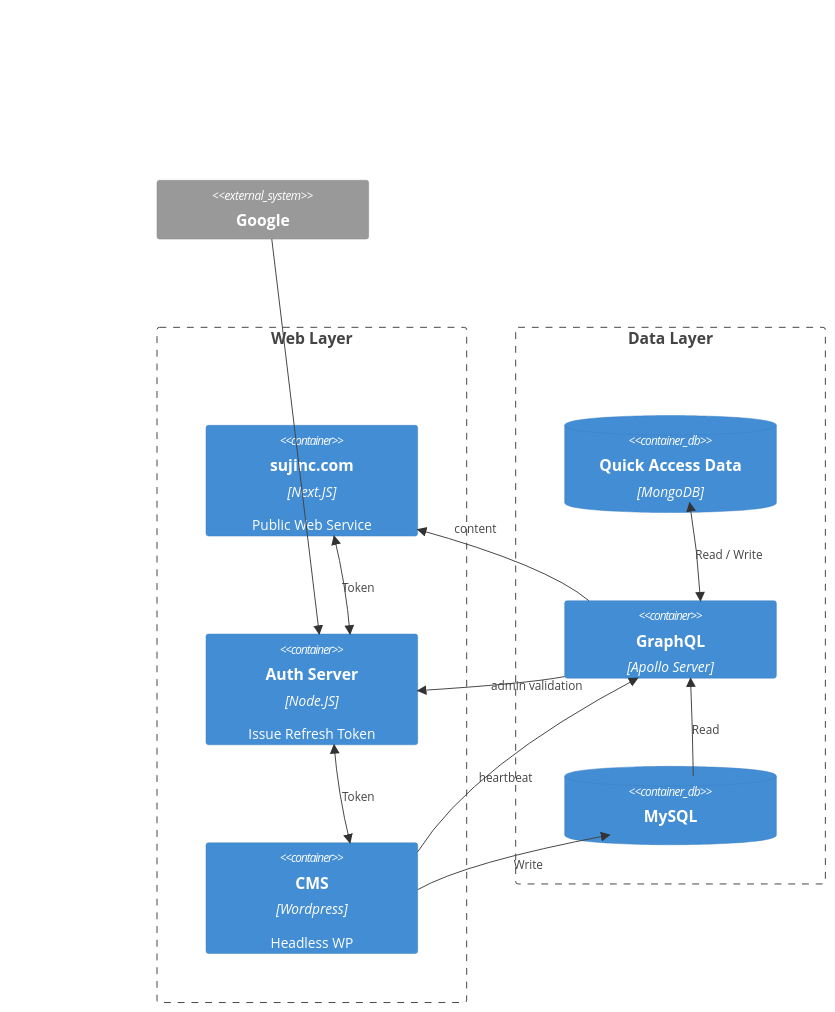
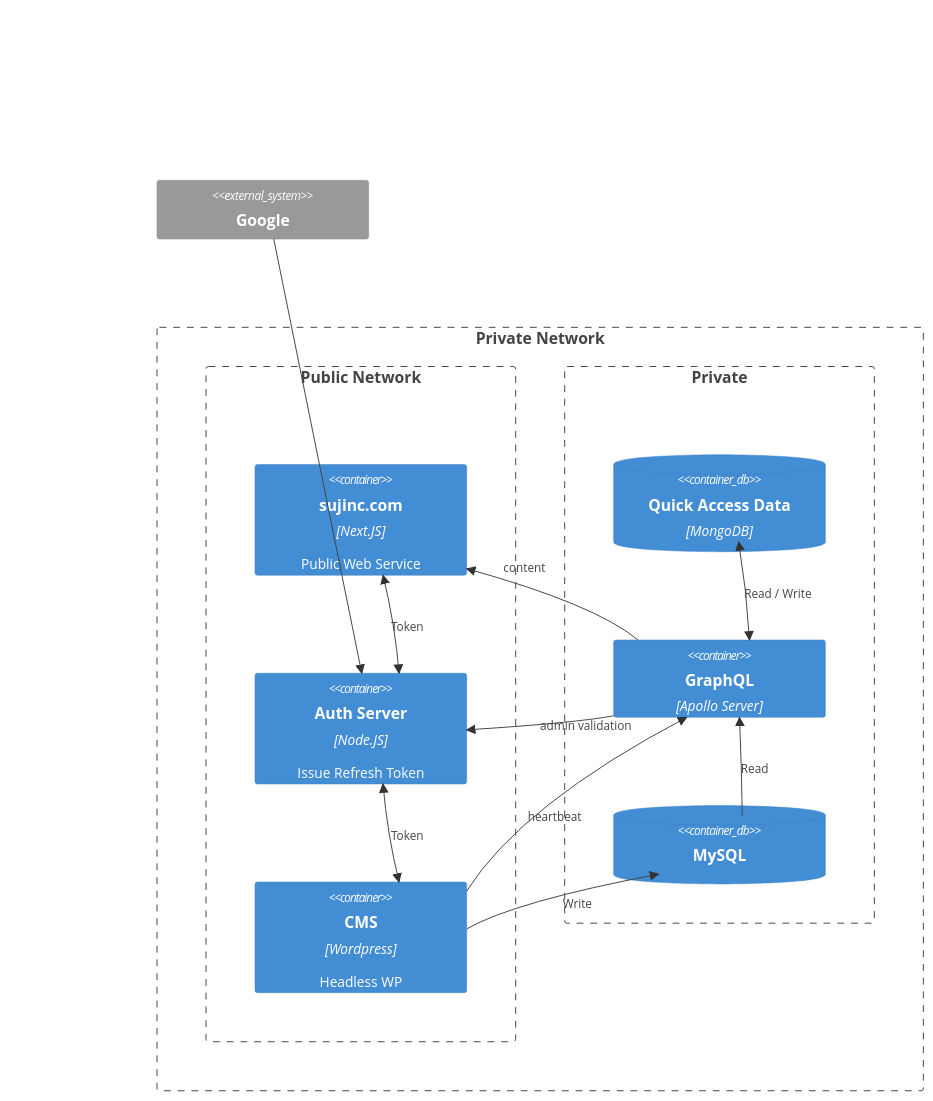
The first of 2 diagrams in README.md (sujin2f/Sujin), drawn with Mermaid before and after one commit.

Commit message:
Refactor mermaid diagram structure in README

````diff
--- a/README.md
+++ b/README.md
@@ -12,33 +12,34 @@
 ```mermaid
 C4Context
     System_Ext(google, "Google")
+    UpdateLayoutConfig($c4ShapeInRow="1", $c4BoundaryInRow="4")
 
-    Boundary(web, "Web Layer", "") {
-        Container(next, "sujinc.com", "Next.JS", "Public Web Service")
+    Boundary(private, "Private Network", "") {
+        Boundary(web, "Public Network", "") {
+            Container(next, "sujinc.com", "Next.JS", "Public Web Service")
 
-        Container(auth, "Auth Server", "Node.JS", "Issue Refresh Token")
-        Rel(google, auth, "")
-        BiRel(auth, next, "Token")
-        BiRel(auth, wp, "Token")
+            Container(auth, "Auth Server", "Node.JS", "Issue Refresh Token")
+            Rel(google, auth, "")
+            BiRel(auth, next, "Token")
+            BiRel(auth, wp, "Token")
 
-        Container(wp, "CMS", "Wordpress", "Headless WP")
+            Container(wp, "CMS", "Wordpress", "Headless WP")
+        }
+
+        Boundary(gql_b, "Private", "") {
+            ContainerDb(mongo, "Quick Access Data", "MongoDB")
+
+            Container(gql, "GraphQL", "Apollo Server", "")
+            Rel(gql, next, "content")
+            UpdateRelStyle(gql, next, $offsetY="-40", $offsetX="-50")
+            Rel(wp, gql, "heartbeat")
+            UpdateRelStyle(wp, gql, $offsetY="10", $offsetX="-50")
+            BiRel(gql, mongo, "Read / Write")
+            Rel(gql, auth, "admin validation")
+
+            ContainerDb(mysql, "MySQL")
+            Rel(mysql, gql, "Read")
+            Rel(wp, mysql, "Write")
+        }
     }
-
-    Boundary(gql_b, "Data Layer", "") {
-        ContainerDb(mongo, "Quick Access Data", "MongoDB")
-
-        Container(gql, "GraphQL", "Apollo Server", "")
-        Rel(gql, next, "content")
-        UpdateRelStyle(gql, next, $offsetY="-40", $offsetX="-50")
-        Rel(wp, gql, "heartbeat")
-        UpdateRelStyle(wp, gql, $offsetY="10", $offsetX="-50")
-        BiRel(gql, mongo, "Read / Write")
-        Rel(gql, auth, "admin validation")
-
-        ContainerDb(mysql, "MySQL")
-        Rel(mysql, gql, "Read")
-        Rel(wp, mysql, "Write")
-    }
-
-    UpdateLayoutConfig($c4ShapeInRow="1", $c4BoundaryInRow="4")
 ```
````
